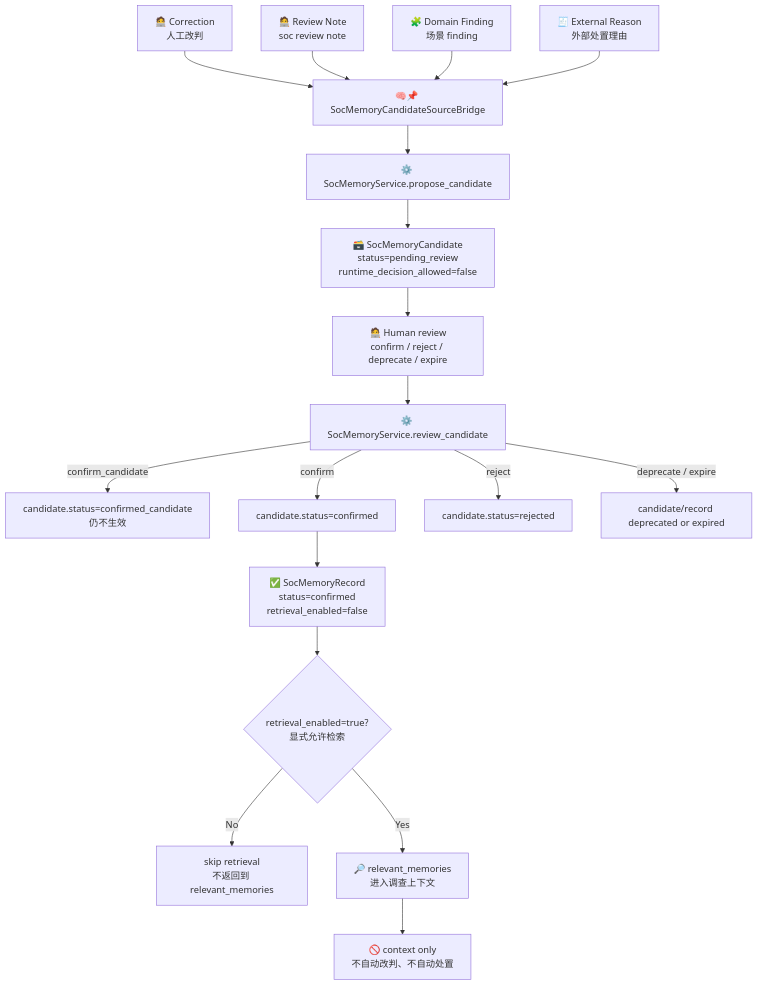
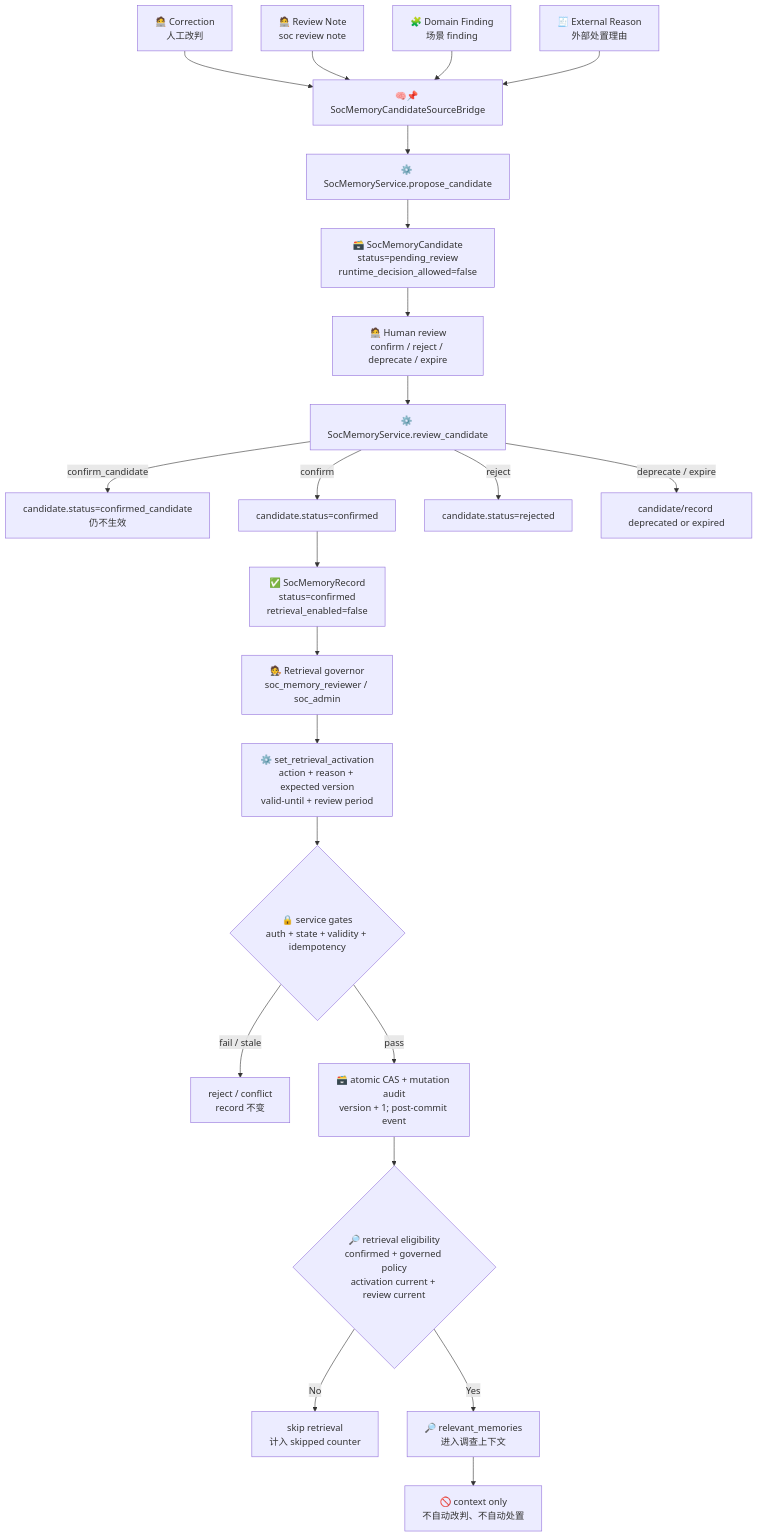
Before and after one commit to yydspanda/deer-flow: diagram 13 of 20 in .notes/ai_soc/alert-lifecycle-flow.md, drawn with Mermaid. The commit also changed other lines of this file and 34 other files, not shown here.

Commit message:
feat(soc): govern memory retrieval activation

````diff
--- a/.notes/ai_soc/alert-lifecycle-flow.md
+++ b/.notes/ai_soc/alert-lifecycle-flow.md
@@ -584,24 +585,29 @@
 ```mermaid
 flowchart TD
     A["🧑‍💻 Correction<br/>人工改判"] --> B["🧠📌 SocMemoryCandidateSourceBridge"]
     C["🧑‍💻 Review Note<br/>soc review note"] --> B
     D["🧩 Domain Finding<br/>场景 finding"] --> B
     E["🧾 External Reason<br/>外部处置理由"] --> B
 
     B --> F["⚙️ SocMemoryService.propose_candidate"]
     F --> G["🗃️ SocMemoryCandidate<br/>status=pending_review<br/>runtime_decision_allowed=false"]
 
     G --> H["🧑‍💻 Human review<br/>confirm / reject / deprecate / expire"]
     H --> I["⚙️ SocMemoryService.review_candidate"]
 
     I -->|confirm_candidate| J["candidate.status=confirmed_candidate<br/>仍不生效"]
     I -->|confirm| K["candidate.status=confirmed"]
     K --> L["✅ SocMemoryRecord<br/>status=confirmed<br/>retrieval_enabled=false"]
     I -->|reject| M["candidate.status=rejected"]
     I -->|deprecate / expire| N["candidate/record deprecated or expired"]
 
-    L --> O{"retrieval_enabled=true?<br/>显式允许检索"}
-    O -->|No| P["skip retrieval<br/>不返回到 relevant_memories"]
-    O -->|Yes| Q["🔎 relevant_memories<br/>进入调查上下文"]
+    L --> O["🧑‍⚖️ Retrieval governor<br/>soc_memory_reviewer / soc_admin"]
+    O --> T["⚙️ set_retrieval_activation<br/>action + reason + expected version<br/>valid-until + review period"]
+    T --> U{"🔒 service gates<br/>auth + state + validity + idempotency"}
+    U -->|"fail / stale"| P["reject / conflict<br/>record 不变"]
+    U -->|"pass"| V["🗃️ atomic CAS + mutation audit<br/>version + 1; post-commit event"]
+    V --> W{"🔎 retrieval eligibility<br/>confirmed + governed policy<br/>activation current + review current"}
+    W -->|No| X["skip retrieval<br/>计入 skipped counter"]
+    W -->|Yes| Q["🔎 relevant_memories<br/>进入调查上下文"]
     Q --> R["🚫 context only<br/>不自动改判、不自动处置"]
 ```
````
